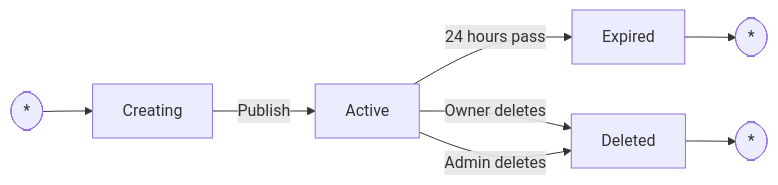
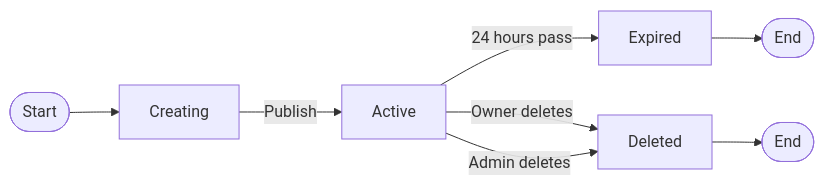
One commit to vd120/laravel_project changed diagram 19 of 29 in UML.md. Above: the diagram before and after it, drawn with Mermaid. The commit also changed other lines of this file, not shown here.

````diff
--- a/UML.md
+++ b/UML.md
@@ -1118,10 +1105,10 @@
 ```mermaid
 flowchart LR
-    Start([*]) --> Creating
-    Creating -->|Publish| Active
-    Active -->|24 hours pass| Expired
-    Active -->|Owner deletes| Deleted
-    Active -->|Admin deletes| Deleted
-    Expired --> End([*])
-    Deleted --> End2([*])
+    A([Start]) --> B[Creating]
+    B -->|Publish| C[Active]
+    C -->|24 hours pass| D[Expired]
+    C -->|Owner deletes| E[Deleted]
+    C -->|Admin deletes| E
+    D --> F([End])
+    E --> G([End])
 ```
````
